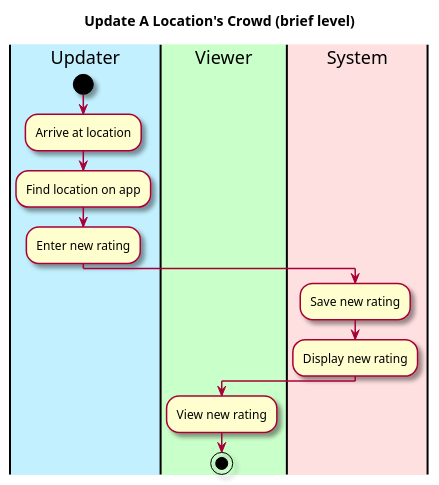
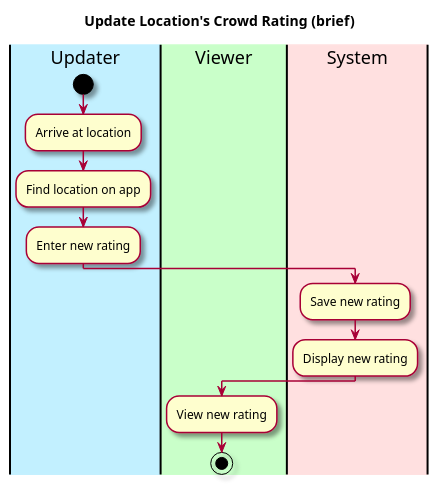
Before and after one commit to manoushpajouh/Vassar-Crowdmeter: the diagram in intellij/documentation/use_cases/report_busyness.md, drawn with PlantUML. The commit also changed other lines of this file, not shown here.

````diff
--- a/intellij/documentation/use_cases/report_busyness.md
+++ b/intellij/documentation/use_cases/report_busyness.md
@@ -43,29 +32,29 @@
 ```plantuml
 @startuml
 
 skin rose
 
-title Update A Location's Crowd (brief level)
+title Update Location's Crowd Rating (brief)
 
 'define the lanes
 |#application|Updater|
 |#technology|Viewer|
 |#implementation|System|
 
 |Updater|
 start
 :Arrive at location;
 :Find location on app;
 :Enter new rating;
 
 |System|
 :Save new rating;
 :Display new rating;
 
 
 |Viewer|
 :View new rating;
 
 stop
 @enduml
 ```
````
